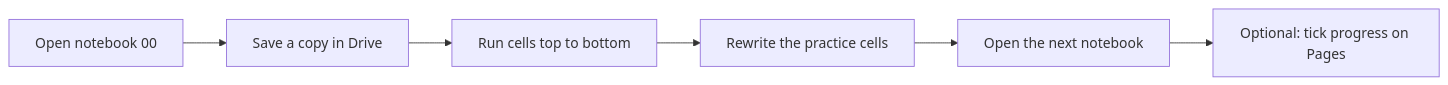
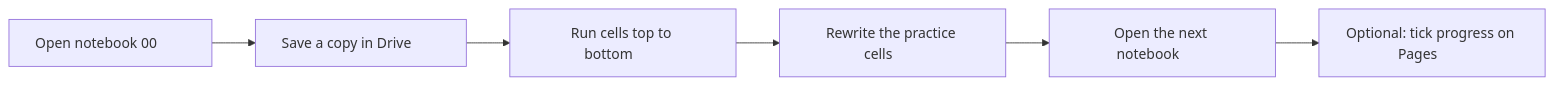
One commit to ialimustufa/python-crash-course changed the first of 6 diagrams in README.md. Above: the diagram before and after it, drawn with Mermaid. The commit also changed other lines of this file and 10 other files, not shown here.

Commit message:
Stop Mermaid node labels from clipping the last character.

````diff
--- a/README.md
+++ b/README.md
@@ -27,8 +27,8 @@
 ```mermaid
 flowchart LR
-  startNode[Open notebook 00] --> copyDrive[Save a copy in Drive]
-  copyDrive --> runTop[Run cells top to bottom]
-  runTop --> rewrite[Rewrite the practice cells]
-  rewrite --> nextNb[Open the next notebook]
-  nextNb --> optionalDash[Optional: tick progress on Pages]
+  startNode["Open notebook 00&nbsp;&nbsp;&nbsp;&nbsp;&nbsp;&nbsp;&nbsp;&nbsp;"] --> copyDrive["Save a copy in Drive&nbsp;&nbsp;&nbsp;&nbsp;&nbsp;&nbsp;&nbsp;&nbsp;"]
+  copyDrive --> runTop["Run cells top to bottom&nbsp;&nbsp;&nbsp;&nbsp;&nbsp;&nbsp;&nbsp;&nbsp;"]
+  runTop --> rewrite["Rewrite the practice cells&nbsp;&nbsp;&nbsp;&nbsp;&nbsp;&nbsp;&nbsp;&nbsp;"]
+  rewrite --> nextNb["Open the next notebook&nbsp;&nbsp;&nbsp;&nbsp;&nbsp;&nbsp;&nbsp;&nbsp;"]
+  nextNb --> optionalDash["Optional: tick progress on Pages&nbsp;&nbsp;&nbsp;&nbsp;&nbsp;&nbsp;&nbsp;&nbsp;"]
 ```
````
